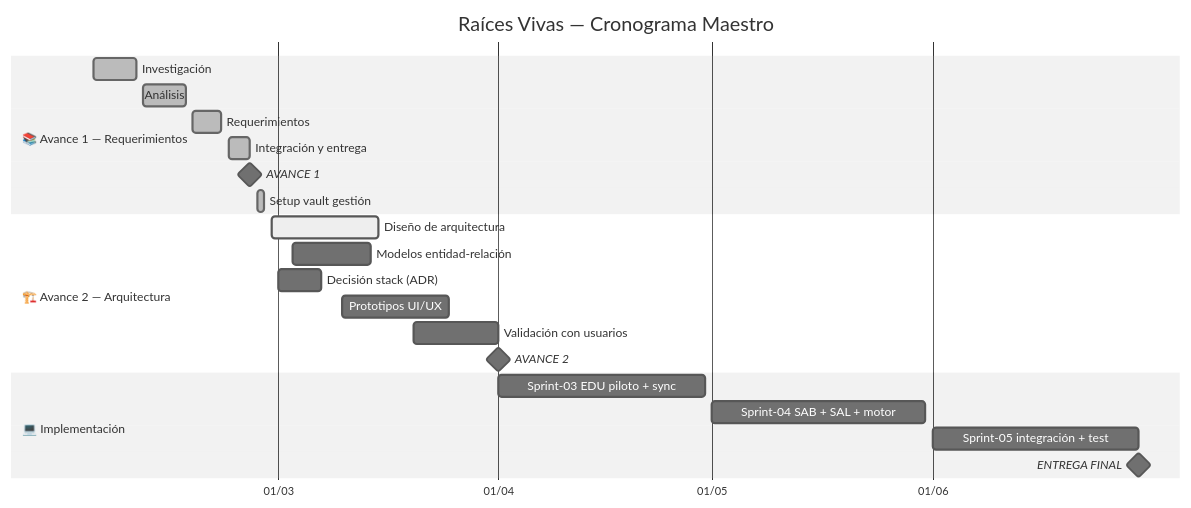
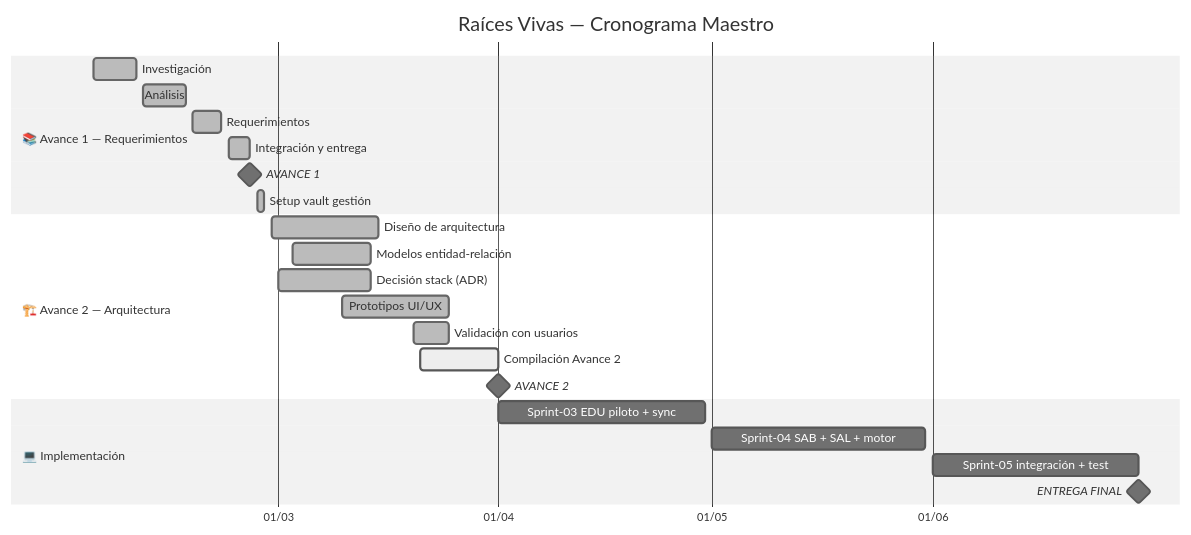
The first of 3 diagrams in 00-Dashboard/Roadmap.md (yonrasgg/RAICES_VIVAS), drawn with Mermaid (neutral theme) before and after one commit. The commit also changed other lines of this file and 17 other files, not shown here.

````diff
--- a/00-Dashboard/Roadmap.md
+++ b/00-Dashboard/Roadmap.md
@@ -17,29 +17,30 @@
 ```mermaid
 gantt
     title Raíces Vivas — Cronograma Maestro
     dateFormat YYYY-MM-DD
     axisFormat %d/%m
     todayMarker stroke-width:3px,stroke:#f66,opacity:0.8
 
     section 📚 Avance 1 — Requerimientos
     Investigación           :done,   a1, 2026-02-03, 2026-02-09
     Análisis                :done,   a2, 2026-02-10, 2026-02-16
     Requerimientos          :done,   a3, 2026-02-17, 2026-02-21
     Integración y entrega   :done,   a4, 2026-02-22, 2026-02-25
     AVANCE 1                :milestone, m1, 2026-02-25, 0d
     Setup vault gestión     :done,   a5, 2026-02-26, 2026-02-27
 
     section 🏗️ Avance 2 — Arquitectura
-    Diseño de arquitectura  :active, b1, 2026-02-28, 2026-03-15
-    Modelos entidad-relación:        b2, 2026-03-03, 2026-03-14
-    Decisión stack (ADR)    :        b3, 2026-03-01, 2026-03-07
-    Prototipos UI/UX        :        b4, 2026-03-10, 2026-03-25
-    Validación con usuarios :        b5, 2026-03-20, 2026-04-01
+    Diseño de arquitectura  :done,   b1, 2026-02-28, 2026-03-15
+    Modelos entidad-relación:done,   b2, 2026-03-03, 2026-03-14
+    Decisión stack (ADR)    :done,   b3, 2026-03-01, 2026-03-14
+    Prototipos UI/UX        :done,   b4, 2026-03-10, 2026-03-25
+    Validación con usuarios :done,   b5, 2026-03-20, 2026-03-25
+    Compilación Avance 2    :active, b6, 2026-03-21, 2026-04-01
     AVANCE 2                :milestone, m2, 2026-04-01, 0d
 
     section 💻 Implementación
     Sprint-03 EDU piloto + sync  :        c1, 2026-04-01, 2026-04-30
     Sprint-04 SAB + SAL + motor  :        c2, 2026-05-01, 2026-05-31
     Sprint-05 integración + test :        c3, 2026-06-01, 2026-06-30
     ENTREGA FINAL           :milestone, m3, 2026-06-30, 0d
 ```
````
